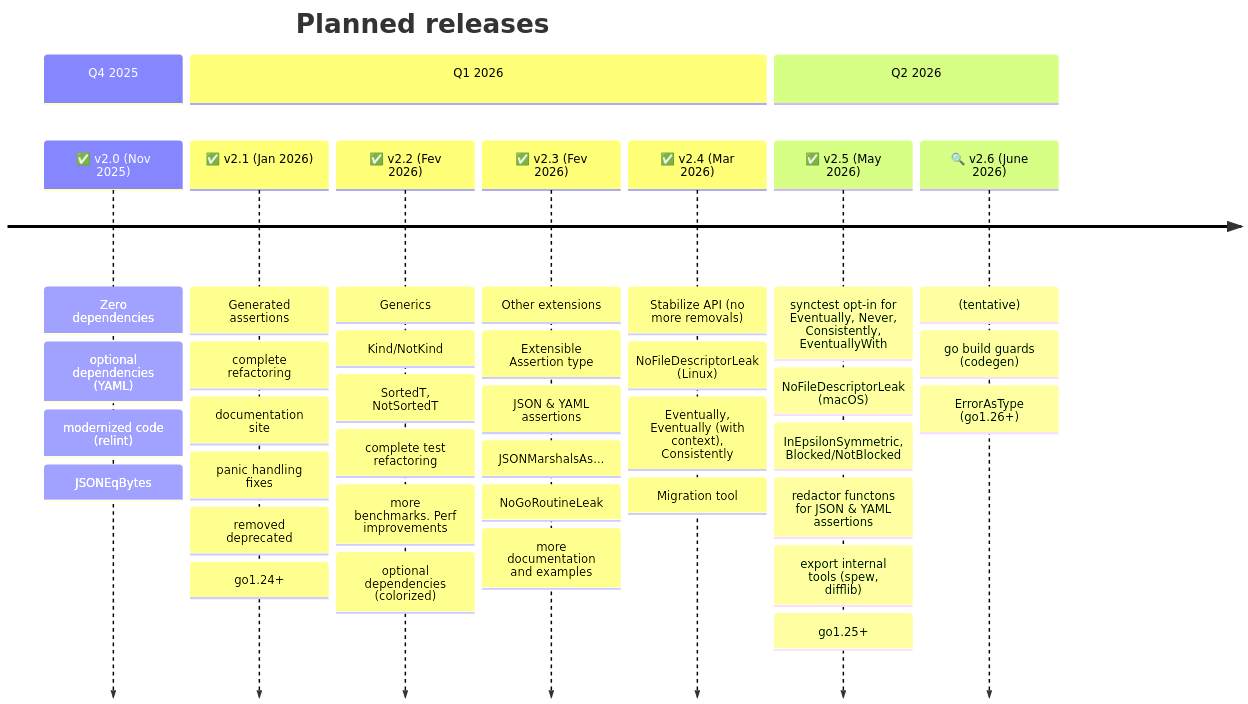
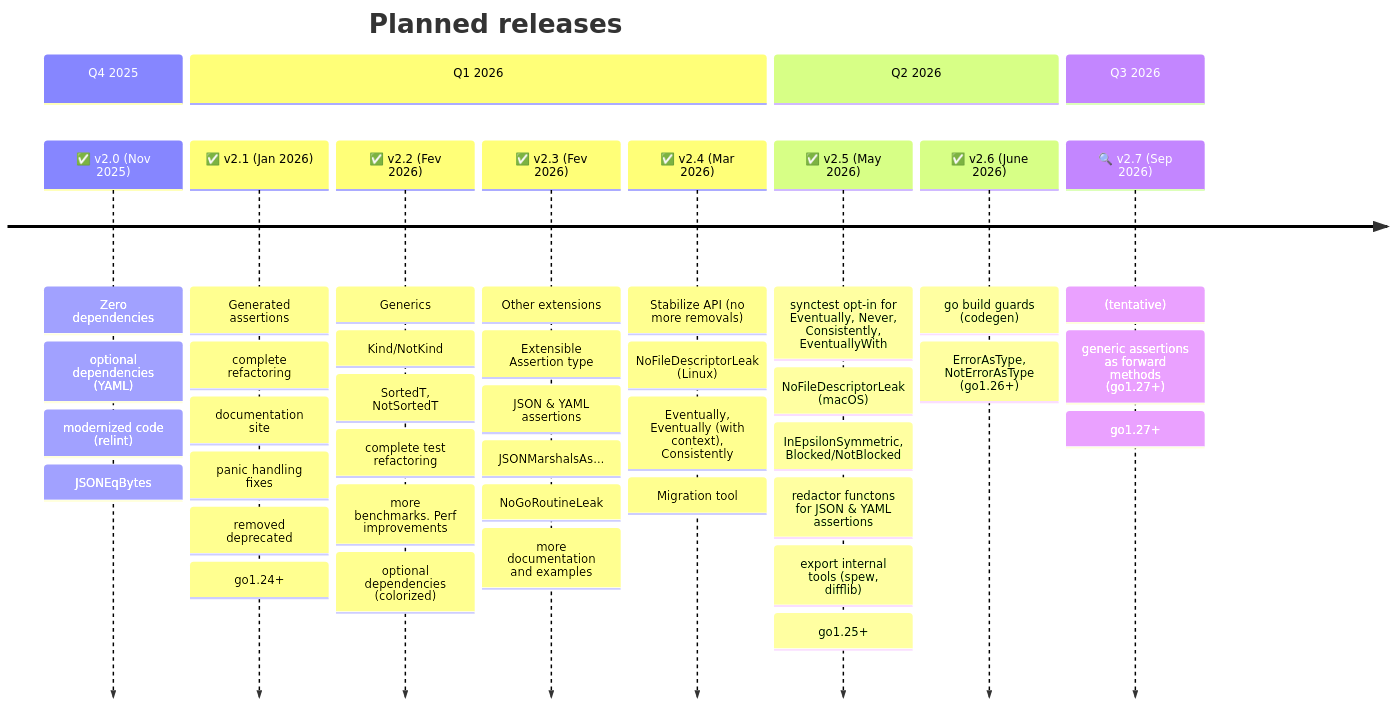
Before and after one commit to go-openapi/testify: the diagram in docs/doc-site/project/maintainers/ROADMAP.md, drawn with Mermaid. The commit also changed other lines of this file and 2 other files, not shown here.

Commit message:
doc: record ErrorAsType / go-version guards in project docs
- CHANGES.md: document ErrorAsType / NotErrorAsType in the Error domain (go1.26
  generics, adapted from upstream #1860 with a typed *E target and bool return).
- TRACKING.md: move #1860 from "Monitoring" to "Implemented"; add it to the
  highlight list and the appendix table; bump summary stats (implemented 27->28,
  monitoring 2->1).
- ROADMAP.md: mark v2.6 (June 2026) done and drop the "tentative" tag; add a
  Q3 2026 section with a tentative v2.7 (Sep 2026) for generic forward methods
  (go1.27+); refresh the processed-items stat line to match TRACKING.

```diff
--- a/docs/doc-site/project/maintainers/ROADMAP.md
+++ b/docs/doc-site/project/maintainers/ROADMAP.md
@@ -9,41 +9,44 @@
 {{< mermaid align="center" zoom="true" >}}
 timeline
     title Planned releases
     section Q4 2025
     ✅ v2.0 (Nov 2025) : Zero dependencies
                     : optional dependencies (YAML)
                     : modernized code (relint)
                     : JSONEqBytes
     section Q1 2026
     ✅ v2.1 (Jan 2026) : Generated assertions
                     : complete refactoring
                     : documentation site
                     : panic handling fixes
                     : removed deprecated
                     : go1.24+
     ✅ v2.2 (Fev 2026) : Generics
                     : Kind/NotKind
                     : SortedT, NotSortedT
                     : complete test refactoring
                     : more benchmarks. Perf improvements
                     : optional dependencies (colorized)
     ✅ v2.3 (Fev 2026) : Other extensions
                     : Extensible Assertion type
                     : JSON & YAML assertions: JSONMarshalsAs...
                     : NoGoRoutineLeak
                     : more documentation and examples
     ✅ v2.4 (Mar 2026) : Stabilize API (no more removals)
                     : NoFileDescriptorLeak (Linux)
                     : Eventually, Eventually (with context), Consistently
                     : Migration tool
     section Q2 2026
     ✅ v2.5 (May 2026) : synctest opt-in for Eventually, Never, Consistently, EventuallyWith
                     : NoFileDescriptorLeak (macOS)
                     : InEpsilonSymmetric, Blocked/NotBlocked
                     : redactor functons for JSON & YAML assertions
                     : export internal tools (spew, difflib)
                     : go1.25+
-    🔍 v2.6 (June 2026) : (tentative)
-                    : go build guards (codegen)
-                    : ErrorAsType (go1.26+)
+    ✅ v2.6 (June 2026) : go build guards (codegen)
+                    : ErrorAsType, NotErrorAsType (go1.26+)
+    section Q3 2026
+    🔍 v2.7 (Sep 2026) : (tentative)
+                    : generic assertions as forward methods (go1.27+)
+                    : go1.27+
 {{< /mermaid >}}
```
